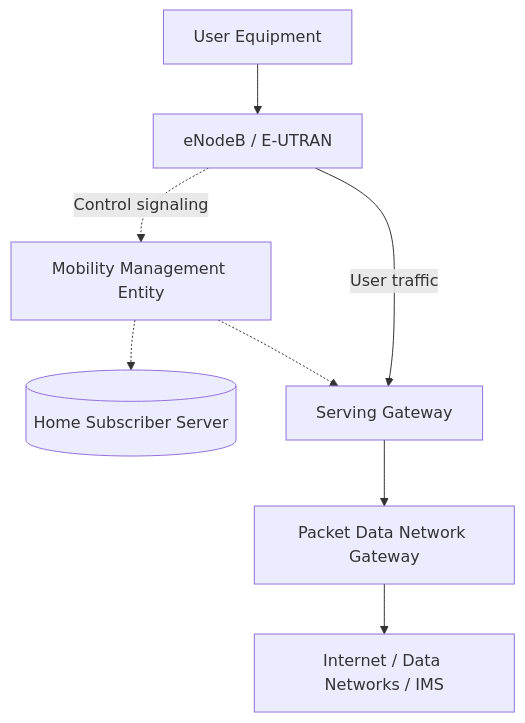
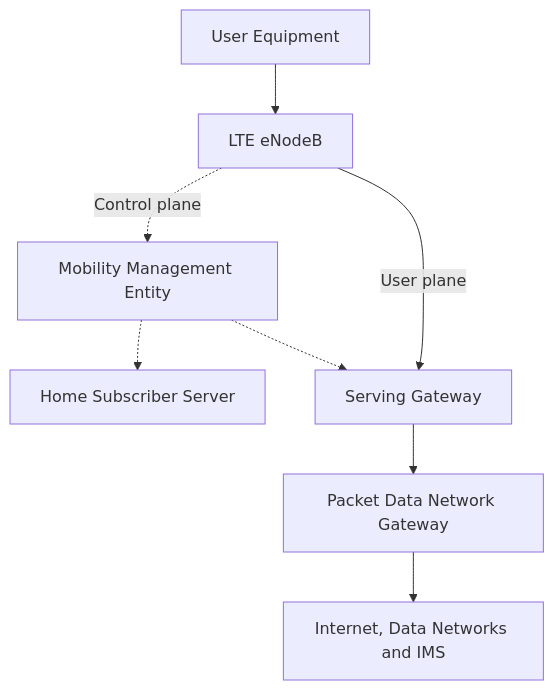
Before and after one commit to julietarubis/mobile-network-generations: the sixth of 13 diagrams in README-5G-6G-FCAPS.md, drawn with Mermaid. The commit also changed other lines of this file, not shown here.

````diff
--- a/README-5G-6G-FCAPS.md
+++ b/README-5G-6G-FCAPS.md
@@ -150,10 +171,10 @@
 ```mermaid
 flowchart TB
-    UE[User Equipment] --> ENB[eNodeB / E-UTRAN]
-    ENB -.->|Control signaling| MME[Mobility Management Entity]
-    MME -.-> HSS[(Home Subscriber Server)]
-    ENB -->|User traffic| SGW[Serving Gateway]
-    SGW --> PGW[Packet Data Network Gateway]
-    PGW --> DATA[Internet / Data Networks / IMS]
-    MME -.-> SGW
+  UE["User Equipment"] --> ENB["LTE eNodeB"]
+  ENB -.->|"Control plane"| MME["Mobility Management Entity"]
+  MME -.-> HSS["Home Subscriber Server"]
+  ENB -->|"User plane"| SGW["Serving Gateway"]
+  SGW --> PGW["Packet Data Network Gateway"]
+  PGW --> DATA["Internet, Data Networks and IMS"]
+  MME -.-> SGW
 ```
````
